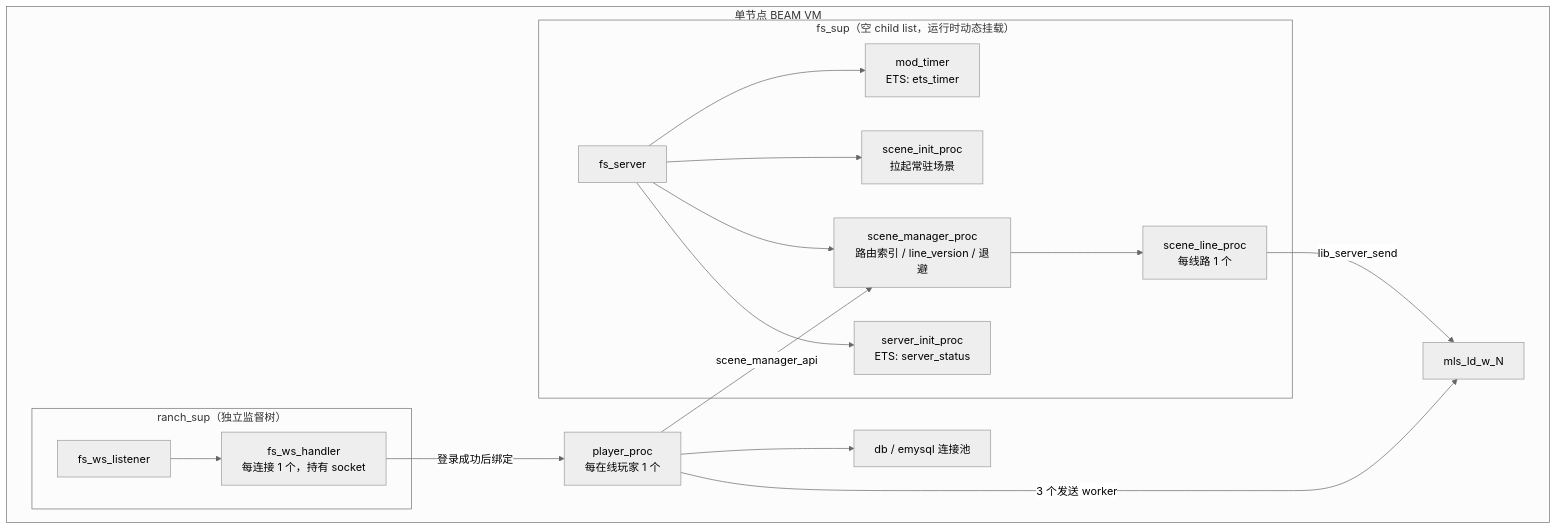
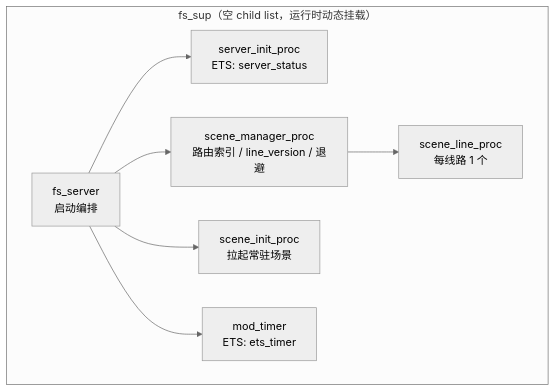
Before and after one commit to alex-linxs/alex-linxs.github.io: the first of 5 diagrams in _posts/2026-11-12-fs-mmo-server-whitepaper.markdown, drawn with Mermaid (neutral theme). The commit also changed other lines of this file, not shown here.

Commit message:
post: split process figure; fit narrow diagrams at 1:1

````diff
--- a/_posts/2026-11-12-fs-mmo-server-whitepaper.markdown
+++ b/_posts/2026-11-12-fs-mmo-server-whitepaper.markdown
@@ -87,27 +87,11 @@
 ```mermaid
 flowchart TB
-  subgraph VM["单节点 BEAM VM"]
-    subgraph FSSUP["fs_sup（空 child list，运行时动态挂载）"]
-      SRV["fs_server"]
-      SRV --> INIT["server_init_proc<br/>ETS: server_status"]
-      SRV --> MGR["scene_manager_proc<br/>路由索引 / line_version / 退避"]
-      SRV --> SCEINIT["scene_init_proc<br/>拉起常驻场景"]
-      SRV --> TIMER["mod_timer<br/>ETS: ets_timer"]
-      MGR --> LINE["scene_line_proc<br/>每线路 1 个"]
-    end
-
-    subgraph RANCH["ranch_sup（独立监督树）"]
-      LISTEN["fs_ws_listener"]
-      WS["fs_ws_handler<br/>每连接 1 个，持有 socket"]
-      LISTEN --> WS
-    end
-
-    WS -->|"登录成功后绑定"| PLAYER["player_proc<br/>每在线玩家 1 个"]
-    PLAYER -->|"3 个发送 worker"| SEND["mls_Id_w_N"]
-    PLAYER -->|"scene_manager_api"| MGR
-    LINE -->|"lib_server_send"| SEND
-
-    DBP["db / emysql 连接池"]
-    PLAYER --> DBP
+  subgraph FSSUP["fs_sup（空 child list，运行时动态挂载）"]
+    SRV["fs_server<br/>启动编排"]
+    SRV --> INIT["server_init_proc<br/>ETS: server_status"]
+    SRV --> MGR["scene_manager_proc<br/>路由索引 / line_version / 退避"]
+    SRV --> SCEINIT["scene_init_proc<br/>拉起常驻场景"]
+    SRV --> TIMER["mod_timer<br/>ETS: ets_timer"]
+    MGR --> LINE["scene_line_proc<br/>每线路 1 个"]
   end
 ```
````
